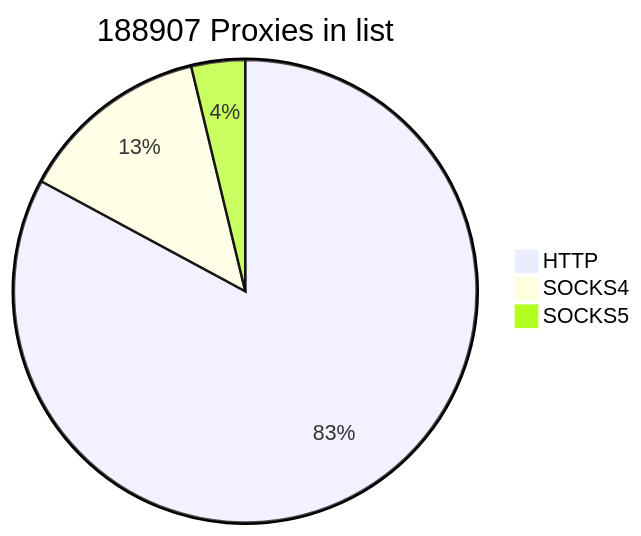
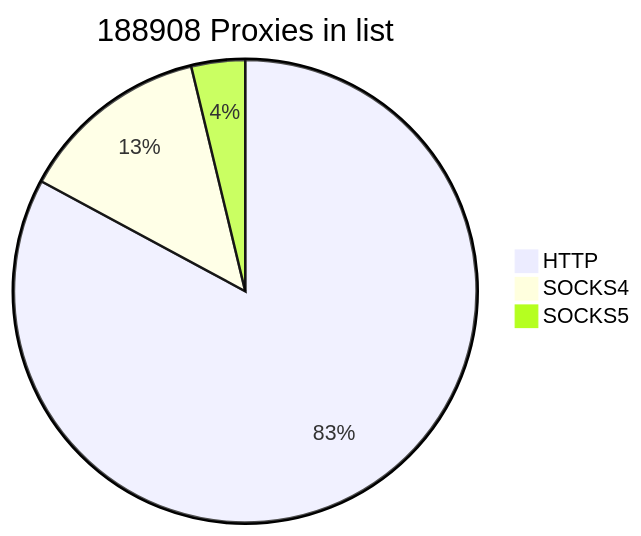
One commit to cutipu/proxylist changed the first of 2 diagrams in README.md. Above: the diagram before and after it, drawn with Mermaid. The commit also changed other lines of this file, not shown here.

````diff
--- a/README.md
+++ b/README.md
@@ -2,7 +2,7 @@
 ```mermaid
-pie title 188907 Proxies in list
+pie title 188908 Proxies in list
     "HTTP" : 156550
-    "SOCKS4" : 25261
+    "SOCKS4" : 25262
     "SOCKS5" : 7096
             
 ```
````
